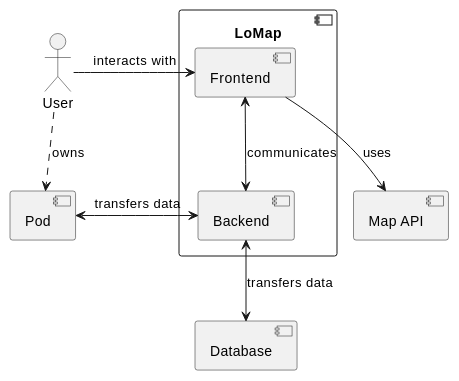
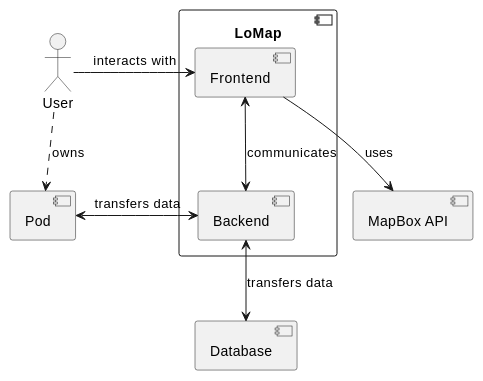
Before and after one commit to Arquisoft/lomap_es6b: the second of 3 diagrams in docs/05_building_block_view.adoc, drawn with PlantUML. The commit also changed other lines of this file and 12 other files, not shown here.

```diff
--- a/docs/05_building_block_view.adoc
+++ b/docs/05_building_block_view.adoc
@@ -53,24 +53,24 @@
 [plantuml, "level2", png]
 ----
 Actor User
 Component LoMap {
     Component Frontend
     Component Backend
 
 }
 Component Pod
-Component Map as "Map API"
+Component MapBox as "MapBox API"
 Component Database
 
 User -right-> Frontend: interacts with
 
 User .right.> Pod: owns
 
 Backend <-right-> Pod: transfers data
 
-Frontend --> Map: uses
+Frontend --> MapBox: uses
 
 Backend <--> Database: transfers data
 
 Frontend <--> Backend: communicates
 ----
```
